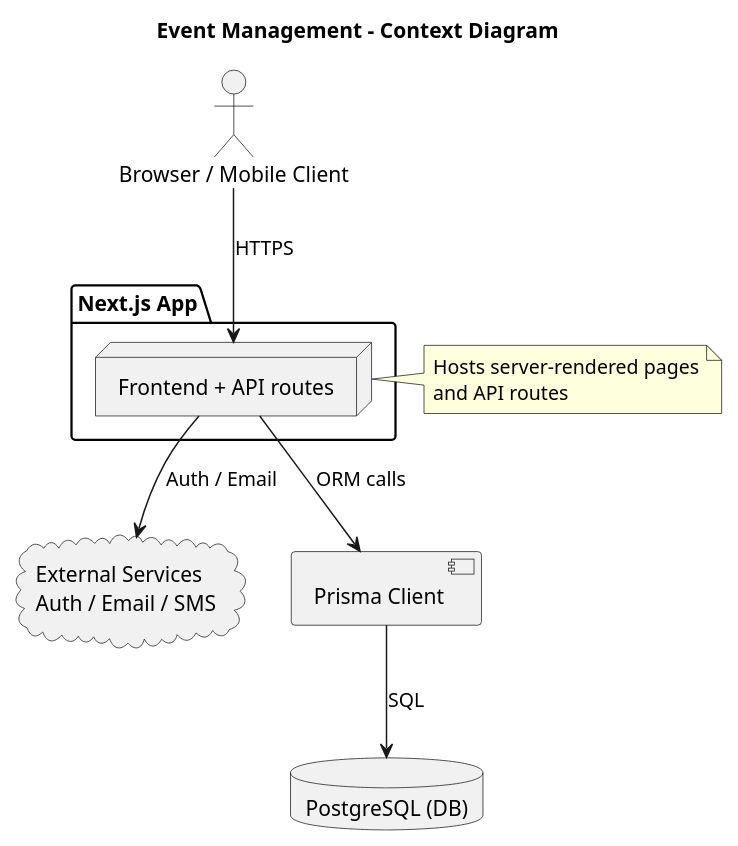
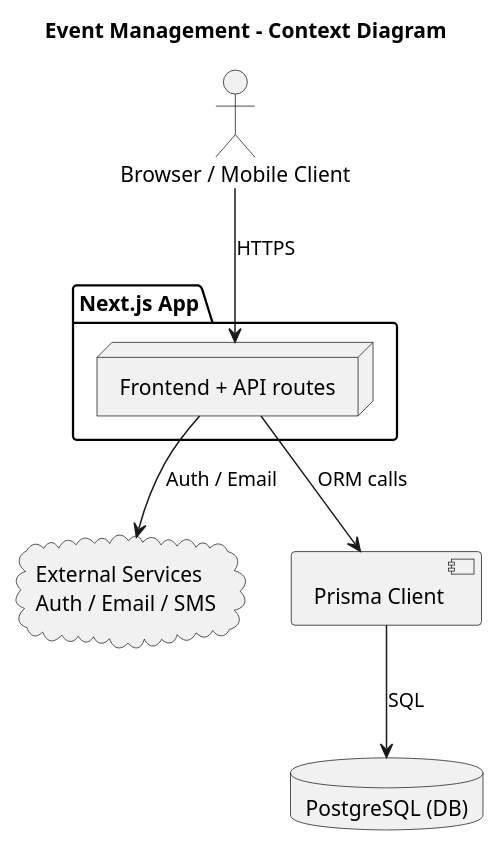
One commit to thaitranqq/Event_Management changed the first of 2 diagrams in DOCUMENTATION/diagrams/context.puml. Above: the diagram before and after it, drawn with PlantUML. The commit also changed other lines of this file and 7 other files, not shown here.

Commit message:
docs(diagrams): remove note blocks (yellow notes) from diagrams

```diff
--- a/DOCUMENTATION/diagrams/context.puml
+++ b/DOCUMENTATION/diagrams/context.puml
@@ -1,22 +1,17 @@
 @startuml
 title Event Management - Context Diagram
 
 actor "Browser / Mobile Client" as Client
 package "Next.js App" {
   node "Frontend + API routes" as NextApp
 }
 database "PostgreSQL (DB)" as DB
 cloud "External Services\nAuth / Email / SMS" as External
 component "Prisma Client" as Prisma
 
 Client --> NextApp : HTTPS
 NextApp --> Prisma : ORM calls
 Prisma --> DB : SQL
 NextApp --> External : Auth / Email
 
-note right of NextApp
-  Hosts server-rendered pages
-  and API routes
-end note
-
 @enduml
```
